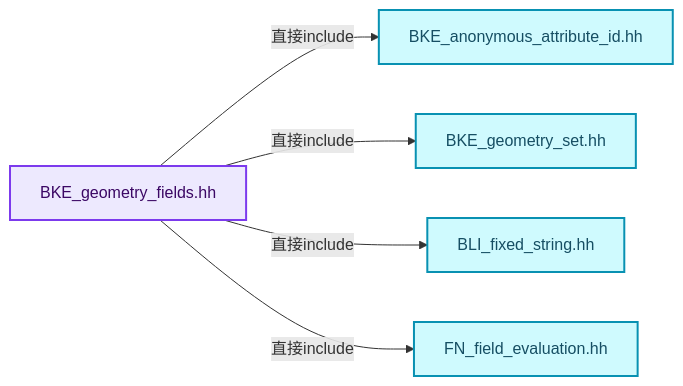
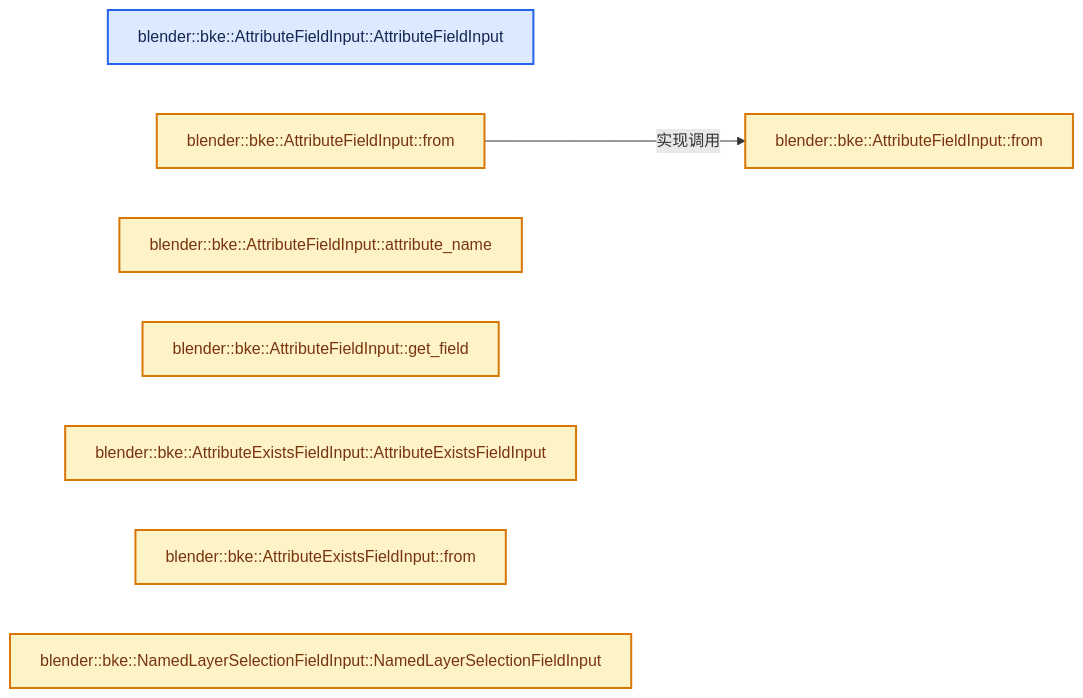
One commit to yunkezengren/blender-.vscode changed the second of 4 diagrams in 杂/markdown/全面学习-codex/08-Field表达式与求值/10-几何上下文与属性域.md. Above: the diagram before and after it, drawn with Mermaid. The commit also changed other lines of this file and 1930 other files, not shown here.

````diff
--- a/杂/markdown/全面学习-codex/08-Field表达式与求值/10-几何上下文与属性域.md
+++ b/杂/markdown/全面学习-codex/08-Field表达式与求值/10-几何上下文与属性域.md
@@ -85,18 +46,18 @@
 ```mermaid
 flowchart LR
-  S["BKE_geometry_fields.hh"]:::abstraction
-  I0["BKE_anonymous_attribute_id.hh"]:::data
-  I1["BKE_geometry_set.hh"]:::data
-  I2["BLI_fixed_string.hh"]:::data
-  I3["FN_field_evaluation.hh"]:::data
-  S -->|"直接include"| I0
-  S -->|"直接include"| I1
-  S -->|"直接include"| I2
-  S -->|"直接include"| I3
+  F0["blender::bke::AttributeFieldInput::AttributeFieldInput"]:::input
+  F1["blender::bke::AttributeFieldInput::from"]:::compute
+  F2["blender::bke::AttributeFieldInput::from"]:::compute
+  F3["blender::bke::AttributeFieldInput::attribute_name"]:::compute
+  F4["blender::bke::AttributeFieldInput::get_field"]:::compute
+  F5["blender::bke::AttributeExistsFieldInput::AttributeExistsFieldInput"]:::compute
+  F6["blender::bke::AttributeExistsFieldInput::from"]:::compute
+  F7["blender::bke::NamedLayerSelectionFieldInput::NamedLayerSelectionFieldInput"]:::compute
+  F2 -->|"实现调用"| F1
   classDef input fill:#DBEAFE,stroke:#2563EB,color:#172554,stroke-width:2px;
   classDef data fill:#CFFAFE,stroke:#0891B2,color:#164E63,stroke-width:2px;
   classDef abstraction fill:#EDE9FE,stroke:#7C3AED,color:#3B0764,stroke-width:2px;
   classDef compute fill:#FEF3C7,stroke:#D97706,color:#78350F,stroke-width:2px;
   classDef result fill:#DCFCE7,stroke:#16A34A,color:#14532D,stroke-width:2px;
   classDef error fill:#FEE2E2,stroke:#DC2626,color:#7F1D1D,stroke-width:2px;
 ```
````
